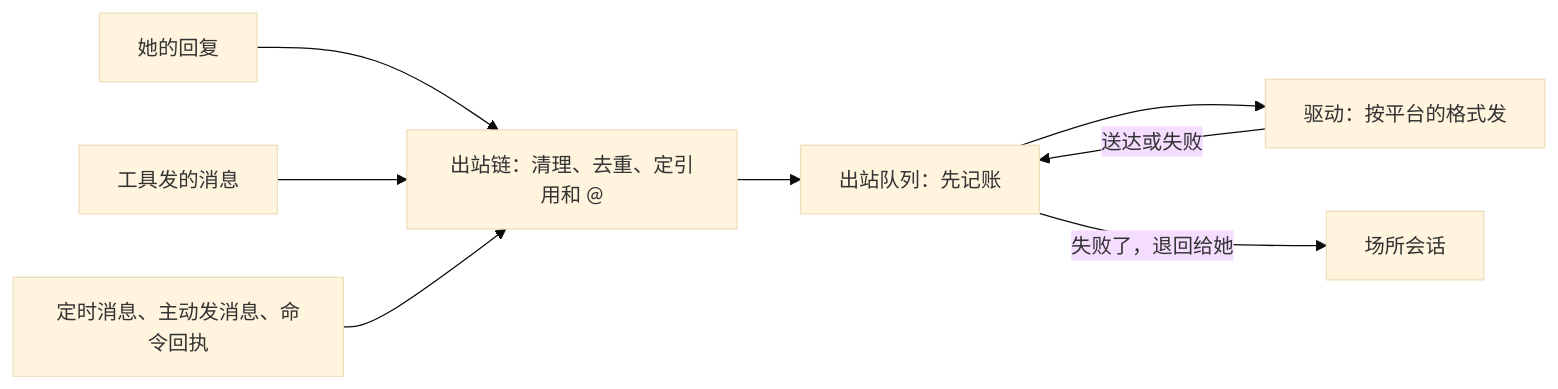
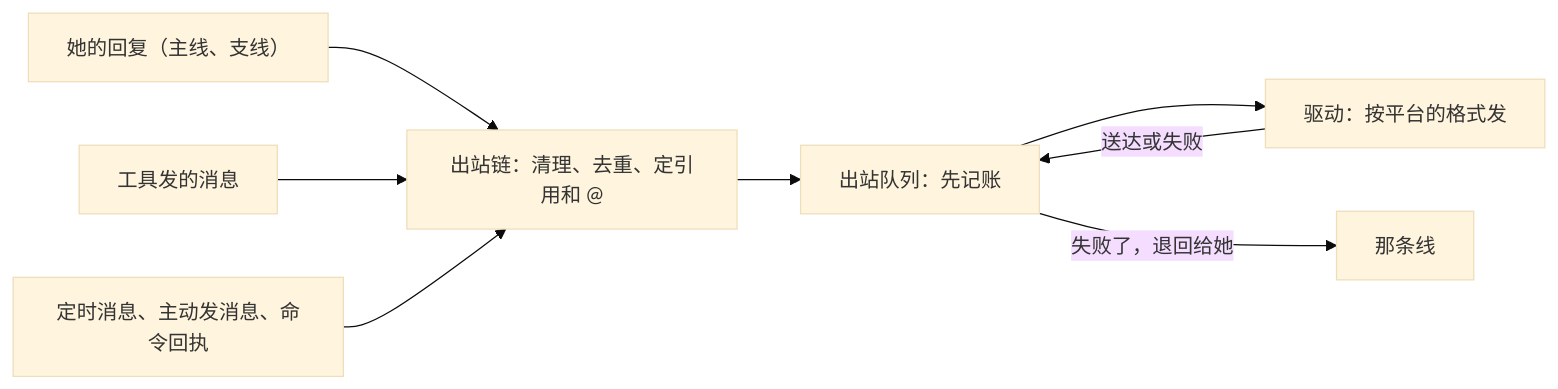
One commit to SHORiN-KiWATA/miyu-agent-remake changed the sixth of 6 diagrams in docs/designs/18-通讯平台.md. Above: the diagram before and after it, drawn with Mermaid (base theme). The commit also changed other lines of this file and 25 other files, not shown here.

````diff
--- a/docs/designs/18-通讯平台.md
+++ b/docs/designs/18-通讯平台.md
@@ -221,10 +470,10 @@
 ```mermaid
 flowchart LR
-    reply["她的回复"] --> chain
+    reply["她的回复（主线、支线）"] --> chain
     tool["工具发的消息"] --> chain
     other["定时消息、主动发消息、命令回执"] --> chain
     chain["出站链：清理、去重、定引用和 @"] --> spool["出站队列：先记账"]
     spool --> drv["驱动：按平台的格式发"]
     drv -- "送达或失败" --> spool
-    spool -- "失败了，退回给她" --> back["场所会话"]
+    spool -- "失败了，退回给她" --> back["那条线"]
 ```
````
